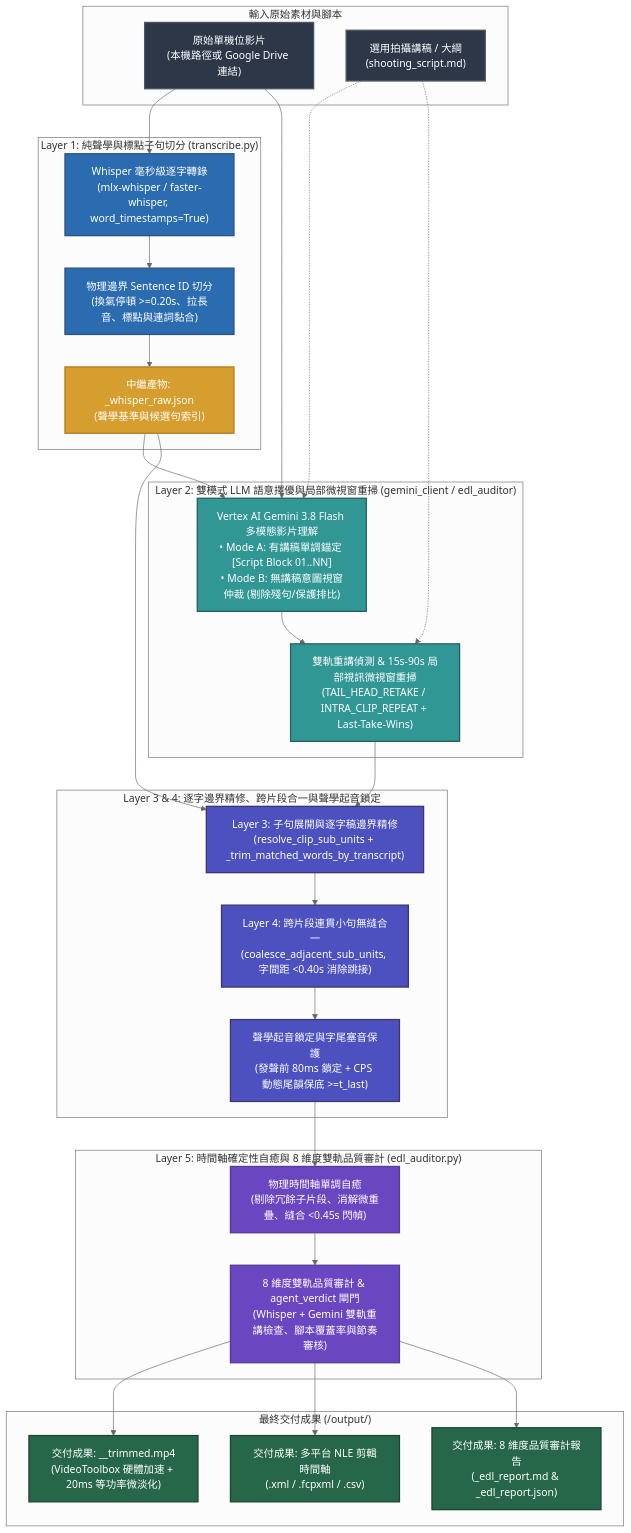
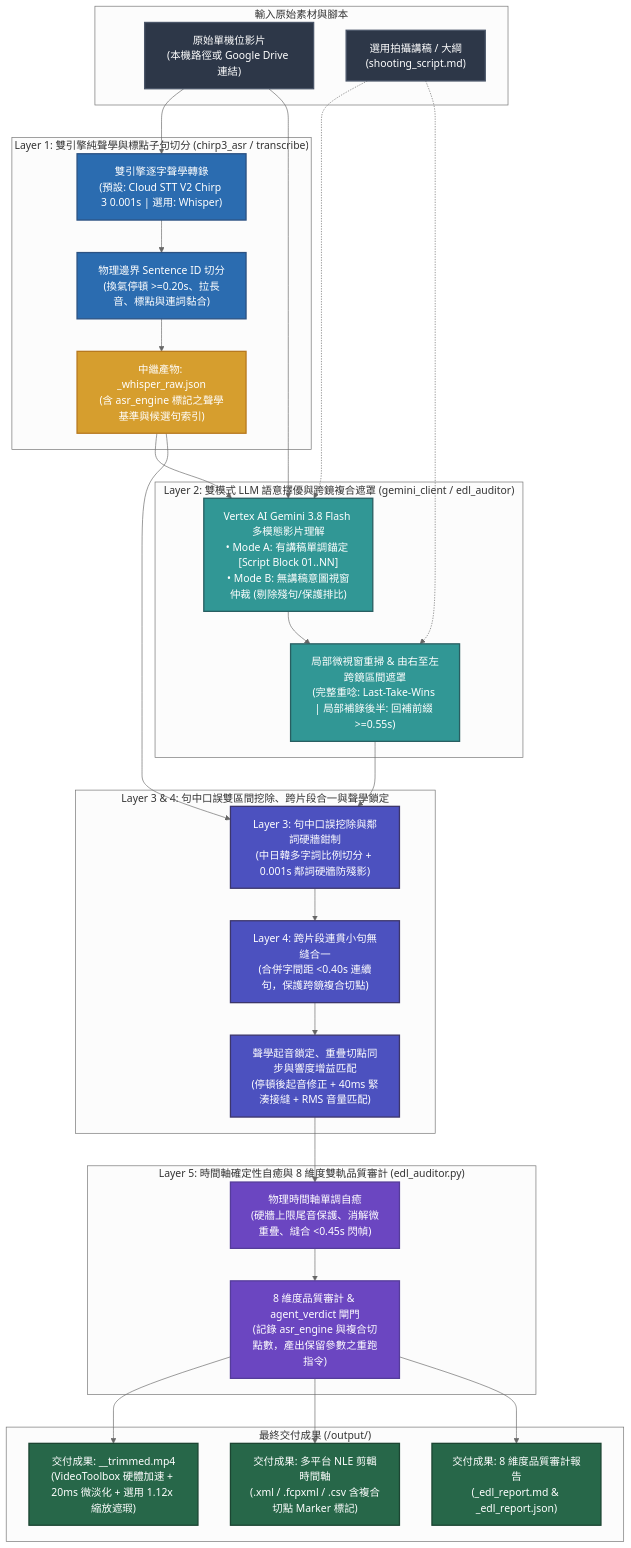
One commit to sylphlin/video-trimmer changed the diagram in README.zh-TW.md. Above: the diagram before and after it, drawn with Mermaid (neutral theme). The commit also changed other lines of this file and 28 other files, not shown here.

Commit message:
feat: add Chirp 3 default ASR, composite pick-up backfill, and coalesced LLM micro-window arbitration

````diff
--- a/README.zh-TW.md
+++ b/README.zh-TW.md
@@ -20,59 +20,59 @@
 ```mermaid
 flowchart TD
     classDef inputStyle fill:#2D3748,stroke:#4A5568,stroke-width:2px,color:#fff;
     classDef stage1Style fill:#2B6CB0,stroke:#2C5282,stroke-width:2px,color:#fff;
     classDef stage2Style fill:#319795,stroke:#285E61,stroke-width:2px,color:#fff;
     classDef stage3Style fill:#4C51BF,stroke:#3C366B,stroke-width:2px,color:#fff;
     classDef stage4Style fill:#6B46C1,stroke:#553C9A,stroke-width:2px,color:#fff;
     classDef artifactStyle fill:#D69E2E,stroke:#B7791F,stroke-width:2px,color:#fff;
     classDef outputStyle fill:#276749,stroke:#1C4532,stroke-width:2px,color:#fff;
 
     subgraph Inputs["輸入原始素材與腳本"]
         IN["原始單機位影片<br/>(本機路徑或 Google Drive 連結)"]:::inputStyle
         SC["選用拍攝講稿 / 大綱<br/>(shooting_script.md)"]:::inputStyle
     end
 
-    subgraph L1["Layer 1: 純聲學與標點子句切分 (transcribe.py)"]
-        W_ASR["Whisper 毫秒級逐字轉錄<br/>(mlx-whisper / faster-whisper, word_timestamps=True)"]:::stage1Style
+    subgraph L1["Layer 1: 雙引擎純聲學與標點子句切分 (chirp3_asr / transcribe)"]
+        W_ASR["雙引擎逐字聲學轉錄<br/>(預設: Cloud STT V2 Chirp 3 0.001s | 選用: Whisper)"]:::stage1Style
         S_SEG["物理邊界 Sentence ID 切分<br/>(換氣停頓 >=0.20s、拉長音、標點與連詞黏合)"]:::stage1Style
-        W_JSON["中繼產物: <basename>_whisper_raw.json<br/>(聲學基準與候選句索引)"]:::artifactStyle
+        W_JSON["中繼產物: <basename>_whisper_raw.json<br/>(含 asr_engine 標記之聲學基準與候選句索引)"]:::artifactStyle
         W_ASR --> S_SEG --> W_JSON
     end
 
-    subgraph L2["Layer 2: 雙模式 LLM 語意擇優與局部微視窗重掃 (gemini_client / edl_auditor)"]
+    subgraph L2["Layer 2: 雙模式 LLM 語意擇優與跨鏡複合遮罩 (gemini_client / edl_auditor)"]
         MODE["Vertex AI Gemini 3.8 Flash 多模態影片理解<br/>• Mode A: 有講稿單調錨定 [Script Block 01..NN]<br/>• Mode B: 無講稿意圖視窗仲裁 (剔除殘句/保護排比)"]:::stage2Style
-        REPAIR["雙軌重講偵測 & 15s-90s 局部視訊微視窗重掃<br/>(TAIL_HEAD_RETAKE / INTRA_CLIP_REPEAT + Last-Take-Wins)"]:::stage2Style
+        REPAIR["局部微視窗重掃 & 由右至左跨鏡區間遮罩<br/>(完整重唸: Last-Take-Wins | 局部補錄後半: 回補前綴 >=0.55s)"]:::stage2Style
         MODE --> REPAIR
     end
 
-    subgraph L3_L4["Layer 3 & 4: 逐字邊界精修、跨片段合一與聲學起音鎖定"]
-        L3["Layer 3: 子句展開與逐字稿邊界精修<br/>(resolve_clip_sub_units + _trim_matched_words_by_transcript)"]:::stage3Style
-        L4["Layer 4: 跨片段連貫小句無縫合一<br/>(coalesce_adjacent_sub_units, 字間距 <0.40s 消除跳接)"]:::stage3Style
-        AC["聲學起音鎖定與字尾塞音保護<br/>(發聲前 80ms 鎖定 + CPS 動態尾韻保底 >=t_last)"]:::stage3Style
+    subgraph L3_L4["Layer 3 & 4: 句中口誤雙區間挖除、跨片段合一與聲學鎖定"]
+        L3["Layer 3: 句中口誤挖除與鄰詞硬牆鉗制<br/>(中日韓多字詞比例切分 + 0.001s 鄰詞硬牆防殘影)"]:::stage3Style
+        L4["Layer 4: 跨片段連貫小句無縫合一<br/>(合併字間距 <0.40s 連續句，保護跨鏡複合切點)"]:::stage3Style
+        AC["聲學起音鎖定、重疊切點同步與響度增益匹配<br/>(停頓後起音修正 + 40ms 緊湊接縫 + RMS 音量匹配)"]:::stage3Style
         L3 --> L4 --> AC
     end
 
     subgraph L5["Layer 5: 時間軸確定性自癒與 8 維度雙軌品質審計 (edl_auditor.py)"]
-        SAN["物理時間軸單調自癒<br/>(剔除冗餘子片段、消解微重疊、縫合 <0.45s 閃幀)"]:::stage4Style
-        AUD["8 維度雙軌品質審計 & agent_verdict 閘門<br/>(Whisper + Gemini 雙軌重講檢查、腳本覆蓋率與節奏審核)"]:::stage4Style
+        SAN["物理時間軸單調自癒<br/>(硬牆上限尾音保護、消解微重疊、縫合 <0.45s 閃幀)"]:::stage4Style
+        AUD["8 維度品質審計 & agent_verdict 閘門<br/>(記錄 asr_engine 與複合切點數，產出保留參數之重跑指令)"]:::stage4Style
         SAN --> AUD
     end
 
     subgraph Deliverables["最終交付成果 (<input_dir>/output/)"]
-        OUT_MP4["交付成果: <basename>_<tag>_trimmed.mp4<br/>(VideoToolbox 硬體加速 + 20ms 等功率微淡化)"]:::outputStyle
-        OUT_NLE["交付成果: 多平台 NLE 剪輯時間軸<br/>(.xml / .fcpxml / .csv)"]:::outputStyle
+        OUT_MP4["交付成果: <basename>_<tag>_trimmed.mp4<br/>(VideoToolbox 硬體加速 + 20ms 微淡化 + 選用 1.12x 縮放遮瑕)"]:::outputStyle
+        OUT_NLE["交付成果: 多平台 NLE 剪輯時間軸<br/>(.xml / .fcpxml / .csv 含複合切點 Marker 標記)"]:::outputStyle
         OUT_REP["交付成果: 8 維度品質審計報告<br/>(_edl_report.md & _edl_report.json)"]:::outputStyle
     end
 
     IN --> W_ASR
     IN --> MODE
     SC -.-> MODE
     W_JSON --> MODE
     SC -.-> REPAIR
     REPAIR --> L3
     W_JSON --> L3
     AC --> SAN
     AUD --> OUT_MP4
     AUD --> OUT_NLE
     AUD --> OUT_REP
 ```
````
